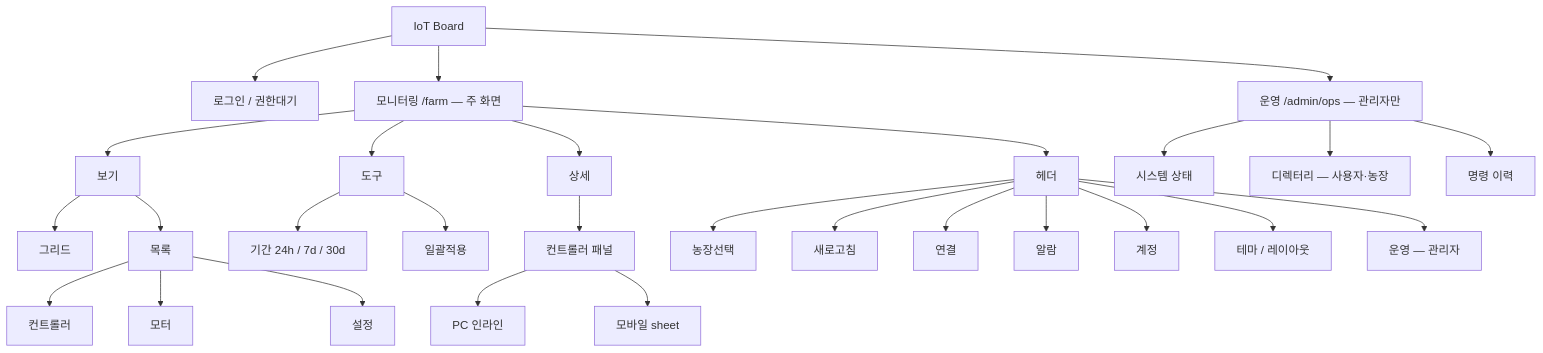
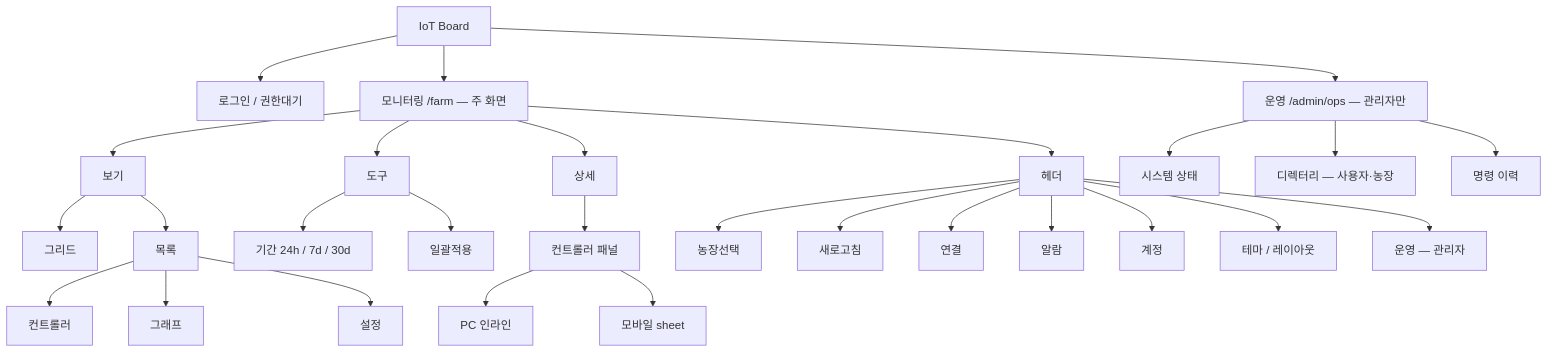
The first of 3 diagrams in web/docs/user-manual/10-메뉴구조도.md (SIJackLee/dashboard), drawn with Mermaid before and after one commit. The commit also changed other lines of this file and 5 other files, not shown here.

First line of the commit message:
fix(web): rename list graph mode label from 모터 to 그래프

````diff
--- a/web/docs/user-manual/10-메뉴구조도.md
+++ b/web/docs/user-manual/10-메뉴구조도.md
@@ -7,40 +7,40 @@
 ```mermaid
 flowchart TD
   root["IoT Board"]
 
   root --> auth["로그인 / 권한대기"]
   root --> farm["모니터링 /farm — 주 화면"]
   root --> ops["운영 /admin/ops — 관리자만"]
 
   %% 상단 세 꼭짓점: 보기 · 도구 · 상세
   farm --> view["보기"]
   farm --> tools["도구"]
   farm --> detail["상세"]
 
   view --> grid["그리드"]
   view --> list["목록"]
   list --> modeCtrl["컨트롤러"]
-  list --> modeMotor["모터"]
+  list --> modeGraph["그래프"]
   list --> modeSet["설정"]
 
   tools --> period["기간 24h / 7d / 30d"]
   tools --> bulk["일괄적용"]
 
   detail --> panel["컨트롤러 패널"]
   panel --> pcInline["PC 인라인"]
   panel --> mobileSheet["모바일 sheet"]
 
   %% 하단 꼭짓점: 헤더 (화살표 farm --> header 동일)
   farm --> header["헤더"]
   header --> hFarm["농장선택"]
   header --> hRefresh["새로고침"]
   header --> hConn["연결"]
   header --> hAlarm["알람"]
   header --> hAccount["계정"]
   header --> hTheme["테마 / 레이아웃"]
   header --> hOps["운영 — 관리자"]
 
   ops --> system["시스템 상태"]
   ops --> directory["디렉터리 — 사용자·농장"]
   ops --> commands["명령 이력"]
 ```
````
